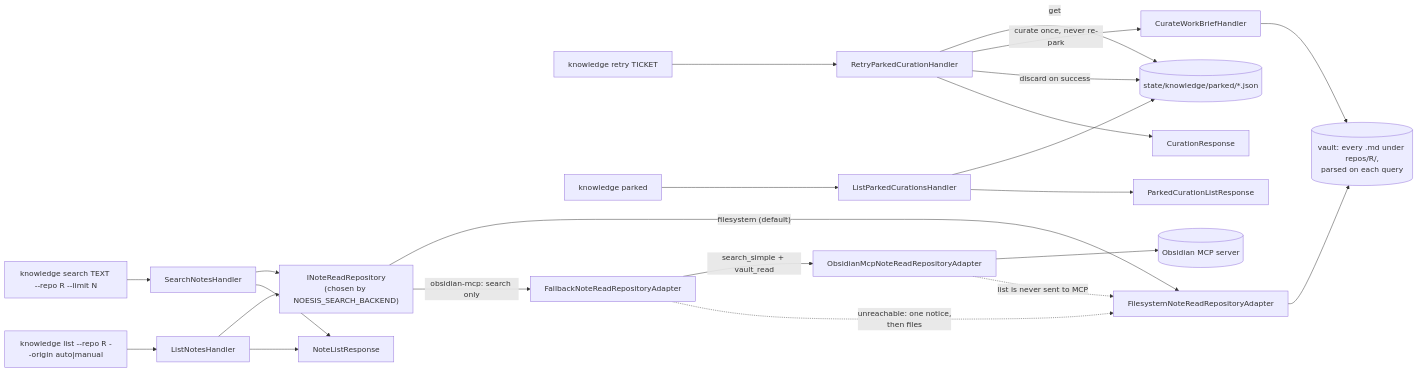
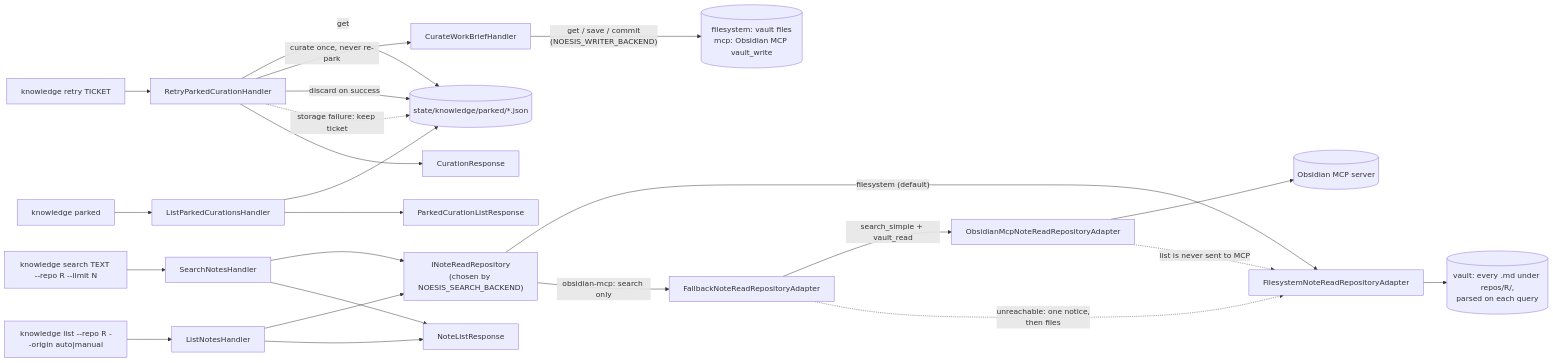
The diagram in docs/workflows/knowledge.md (p-hzamora/noesis), drawn with Mermaid before and after one commit. The commit also changed other lines of this file and 7 other files, not shown here.

````diff
--- a/docs/workflows/knowledge.md
+++ b/docs/workflows/knowledge.md
@@ -3,27 +3,28 @@
 ```mermaid
 flowchart LR
     retry["knowledge retry TICKET"] --> rh[RetryParkedCurationHandler]
     rh -->|get| q[("state/knowledge/parked/*.json")]
     rh -->|"curate once, never re-park"| ch[CurateWorkBriefHandler]
     rh -->|"discard on success"| q
 
     parked["knowledge parked"] --> ph[ListParkedCurationsHandler] --> q
 
     search["knowledge search TEXT --repo R --limit N"] --> sh[SearchNotesHandler]
     list["knowledge list --repo R --origin auto|manual"] --> lh[ListNotesHandler]
     sh --> rr["INoteReadRepository<br/>(chosen by NOESIS_SEARCH_BACKEND)"]
     lh --> rr
     rr -->|"filesystem (default)"| fs[FilesystemNoteReadRepositoryAdapter]
     fs --> vault[("vault: every .md under repos/R/,<br/>parsed on each query")]
     rr -->|"obsidian-mcp: search only"| fb[FallbackNoteReadRepositoryAdapter]
     fb -->|"search_simple + vault_read"| mcp[ObsidianMcpNoteReadRepositoryAdapter]
     mcp --> obs[("Obsidian MCP server")]
     fb -.->|"unreachable: one notice,<br/>then files"| fs
     mcp -.->|"list is never sent to MCP"| fs
 
-    ch --> vault
+    ch -->|"get / save / commit<br/>(NOESIS_WRITER_BACKEND)"| uow[("filesystem: vault files<br/>mcp: Obsidian MCP vault_write")]
+    rh -.->|"storage failure: keep ticket"| q
     rh --> r1[CurationResponse]
     ph --> r2[ParkedCurationListResponse]
     sh --> r3[NoteListResponse]
     lh --> r3
 ```
````
